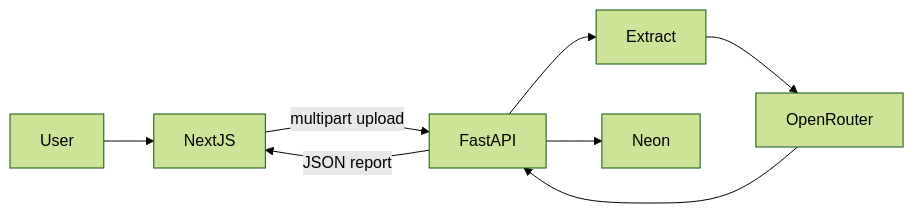
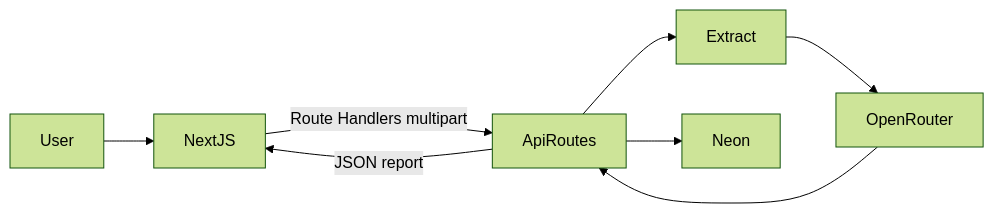
One commit to ahmed30771/cv_evaluation changed the diagram in docs/02-trd.md. Above: the diagram before and after it, drawn with Mermaid (forest theme). The commit also changed other lines of this file and 6 other files, not shown here.

Commit message:
Align docs with Next.js API routes and richer evaluation reports.

````diff
--- a/docs/02-trd.md
+++ b/docs/02-trd.md
@@ -11,10 +11,10 @@
 ```mermaid
 flowchart LR
   User --> NextJS
-  NextJS -->|multipart upload| FastAPI
-  FastAPI --> Extract
+  NextJS -->|Route Handlers multipart| ApiRoutes
+  ApiRoutes --> Extract
   Extract --> OpenRouter
-  FastAPI --> Neon
-  OpenRouter --> FastAPI
-  FastAPI -->|JSON report| NextJS
+  ApiRoutes --> Neon
+  OpenRouter --> ApiRoutes
+  ApiRoutes -->|JSON report| NextJS
 ```
````
